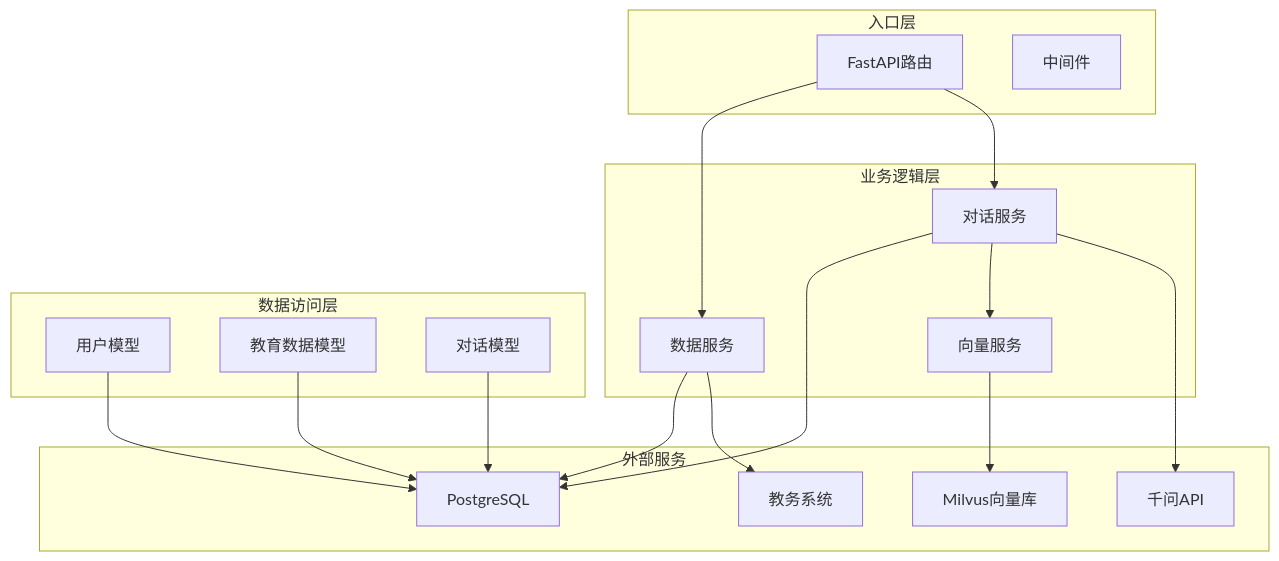
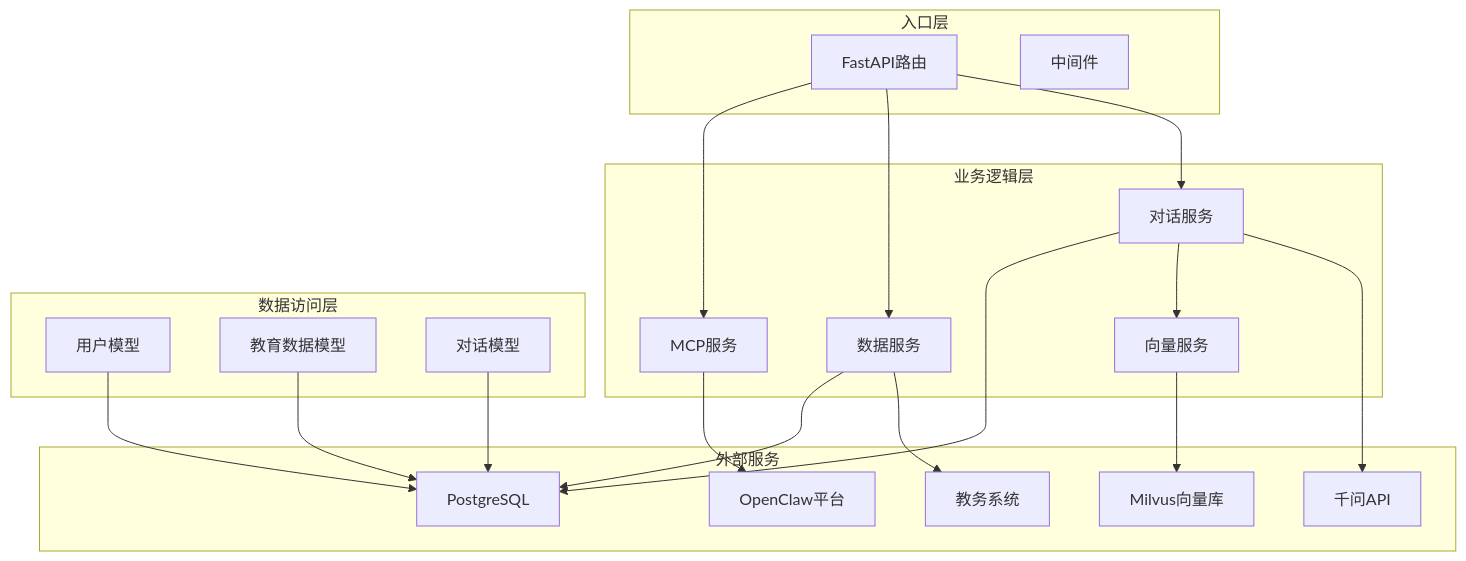
The fourth of 12 diagrams in .qoder/repowiki/zh/content/AI智能问答系统/AI工具调用功能.md (ghbbn053-ship-itsoulddog/soulddog), drawn with Mermaid before and after one commit. The commit also changed other lines of this file and 13 other files, not shown here.

````diff
--- a/.qoder/repowiki/zh/content/AI智能问答系统/AI工具调用功能.md
+++ b/.qoder/repowiki/zh/content/AI智能问答系统/AI工具调用功能.md
@@ -195,34 +218,38 @@
 ```mermaid
 graph TB
 subgraph "入口层"
 Router[FastAPI路由]
 Middleware[中间件]
 end
 subgraph "业务逻辑层"
 ChatService[对话服务]
 DataService[数据服务]
 VectorService[向量服务]
+MCPService[MCP服务]
 end
 subgraph "数据访问层"
 UserModel[用户模型]
 EduModel[教育数据模型]
 ConvModel[对话模型]
 end
 subgraph "外部服务"
 QwenAPI[千问API]
 MilvusDB[Milvus向量库]
 PostgresDB[PostgreSQL]
 JwxtSystem[教务系统]
+OpenClaw[OpenClaw平台]
 end
 Router --> ChatService
 Router --> DataService
+Router --> MCPService
 ChatService --> QwenAPI
 ChatService --> VectorService
+MCPService --> OpenClaw
 DataService --> JwxtSystem
 VectorService --> MilvusDB
 ChatService --> PostgresDB
 DataService --> PostgresDB
 UserModel --> PostgresDB
 EduModel --> PostgresDB
 ConvModel --> PostgresDB
 ```
````
